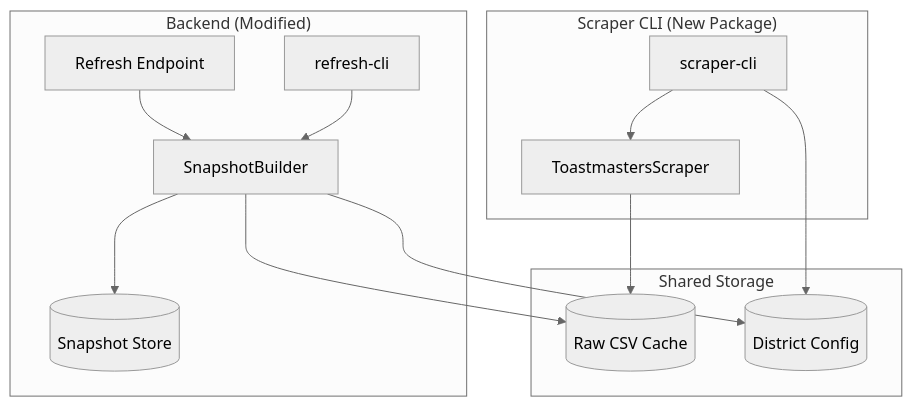
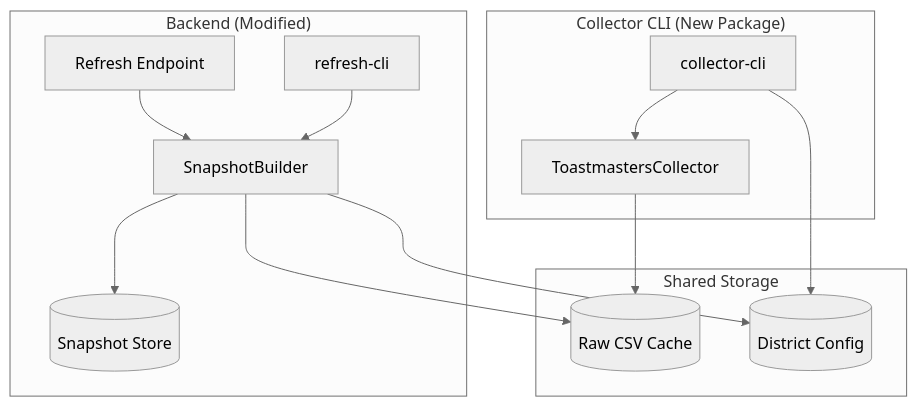
Before and after one commit to rservant/toast-stats: the diagram in .kiro/specs-archive/scraper-cli-separation/design.md, drawn with Mermaid (neutral theme). The commit also changed other lines of this file and 267 other files, not shown here.

First line of the commit message:
refactor: rename scraper-cli to collector-cli across the codebase (#99)

````diff
--- a/.kiro/specs-archive/scraper-cli-separation/design.md
+++ b/.kiro/specs-archive/scraper-cli-separation/design.md
@@ -14,29 +14,29 @@
 ```mermaid
 graph TB
-    subgraph "Scraper CLI (New Package)"
-        CLI[scraper-cli]
-        Scraper[ToastmastersScraper]
-        CLI --> Scraper
+    subgraph "Collector CLI (New Package)"
+        CLI[collector-cli]
+        Collector[ToastmastersCollector]
+        CLI --> Collector
     end
 
     subgraph "Shared Storage"
         Cache[(Raw CSV Cache)]
         Config[(District Config)]
     end
 
     subgraph "Backend (Modified)"
         RefreshEndpoint[Refresh Endpoint]
         RefreshCLI[refresh-cli]
         Builder[SnapshotBuilder]
         Store[(Snapshot Store)]
 
         RefreshEndpoint --> Builder
         RefreshCLI --> Builder
         Builder --> Store
     end
 
-    Scraper --> Cache
+    Collector --> Cache
     CLI --> Config
     Builder --> Cache
     Builder --> Config
 ```
````
